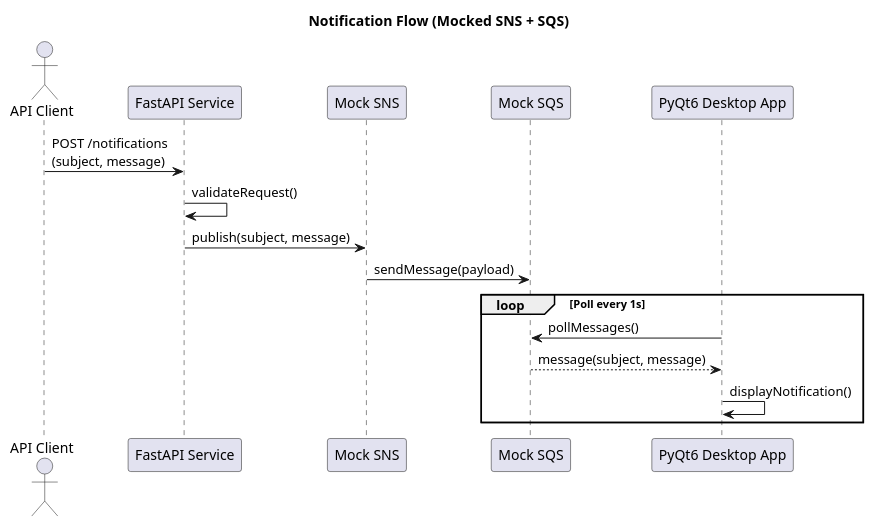
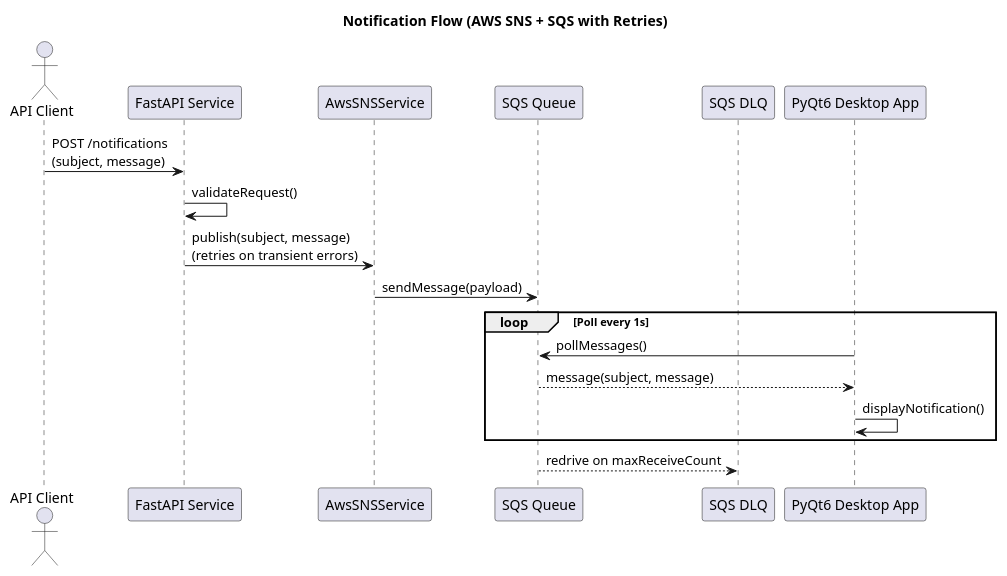
One commit to JuanPlazasEpam/sns-example changed the diagram in diagrams/basic_flow.puml. Above: the diagram before and after it, drawn with PlantUML. The commit also changed 5 other files, not shown here.

```diff
--- a/diagrams/basic_flow.puml
+++ b/diagrams/basic_flow.puml
@@ -1,24 +1,27 @@
 @startuml
-title Notification Flow (Mocked SNS + SQS)
+title Notification Flow (AWS SNS + SQS with Retries)
 
 actor "API Client" as Client
 participant "FastAPI Service" as API
-participant "Mock SNS" as SNS
-participant "Mock SQS" as SQS
+participant "AwsSNSService" as SNS
+participant "SQS Queue" as SQS
+participant "SQS DLQ" as DLQ
 participant "PyQt6 Desktop App" as Desktop
 
 Client -> API: POST /notifications\n(subject, message)
 
 API -> API: validateRequest()
 
-API -> SNS: publish(subject, message)
+API -> SNS: publish(subject, message)\n(retries on transient errors)
 
 SNS -> SQS: sendMessage(payload)
 
 loop Poll every 1s
     Desktop -> SQS: pollMessages()
     SQS --> Desktop: message(subject, message)
     Desktop -> Desktop: displayNotification()
 end
 
+SQS --> DLQ: redrive on maxReceiveCount
+
 @enduml
```
